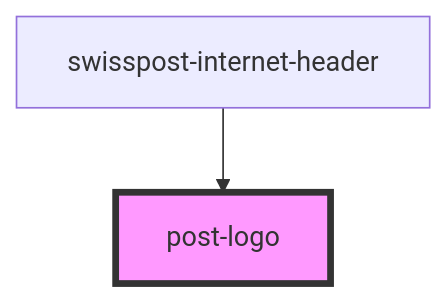
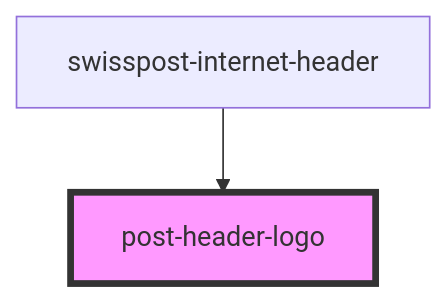
One commit to swisspost/design-system changed the diagram in packages/internet-header/src/components/post-logo/readme.md. Above: the diagram before and after it, drawn with Mermaid. The commit also changed 20 other files, not shown here.

Commit message:
feat(components): add a post-logo component (#3354)

````diff
--- a/packages/internet-header/src/components/post-logo/readme.md
+++ b/packages/internet-header/src/components/post-logo/readme.md
@@ -15,5 +15,5 @@
 ```mermaid
 graph TD;
-  swisspost-internet-header --> post-logo
-  style post-logo fill:#f9f,stroke:#333,stroke-width:4px
+  swisspost-internet-header --> post-header-logo
+  style post-header-logo fill:#f9f,stroke:#333,stroke-width:4px
 ```
````
